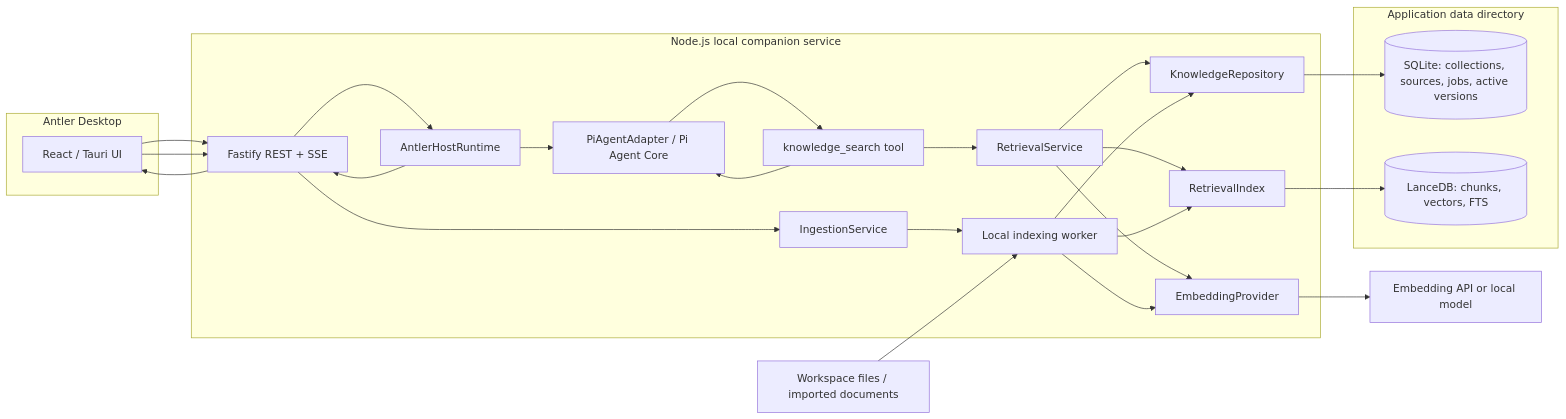
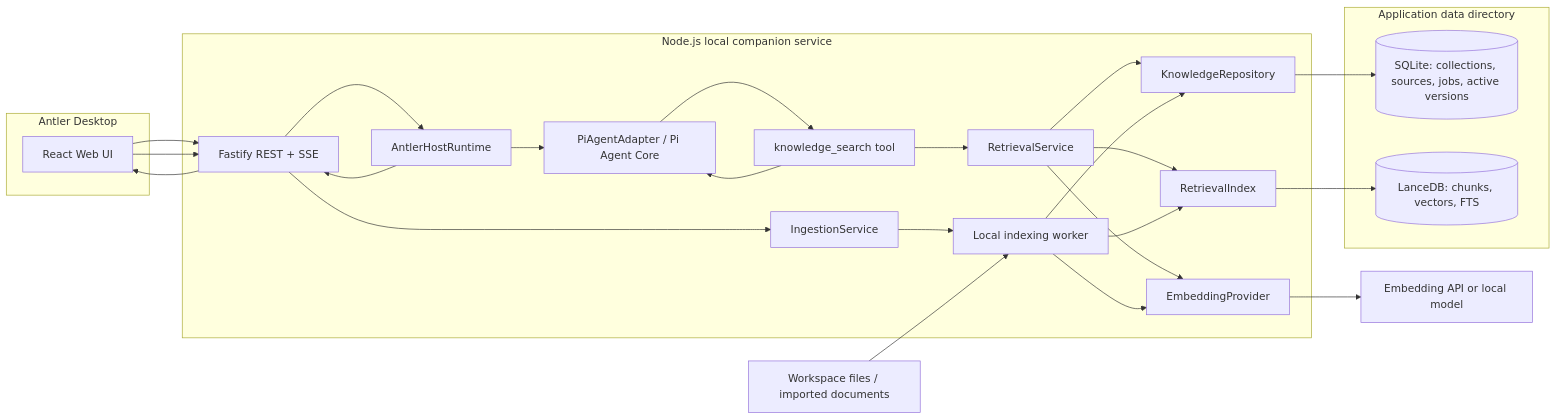
One commit to junqing258/antler changed the diagram in docs/diagrams/rag-backend-v1.mmd. Above: the diagram before and after it, drawn with Mermaid. The commit also changed 101 other files, not shown here.

```diff
--- a/docs/diagrams/rag-backend-v1.mmd
+++ b/docs/diagrams/rag-backend-v1.mmd
@@ -1,39 +1,39 @@
 flowchart LR
   subgraph Client["Antler Desktop"]
-    UI["React / Tauri UI"]
+    UI["React Web UI"]
   end
 
   subgraph Backend["Node.js local companion service"]
     API["Fastify REST + SSE"]
     Host["AntlerHostRuntime"]
     Pi["PiAgentAdapter / Pi Agent Core"]
     Tool["knowledge_search tool"]
     Retrieval["RetrievalService"]
     Ingestion["IngestionService"]
     Worker["Local indexing worker"]
     Embed["EmbeddingProvider"]
     Metadata["KnowledgeRepository"]
     Index["RetrievalIndex"]
   end
 
   subgraph Persistence["Application data directory"]
     SQLite[("SQLite: collections, sources, jobs, active versions")]
     Lance[("LanceDB: chunks, vectors, FTS")]
   end
 
   Sources["Workspace files / imported documents"]
   Provider["Embedding API or local model"]
 
   UI --> API --> Host --> Pi
   Pi --> Tool --> Retrieval
   Retrieval --> Metadata --> SQLite
   Retrieval --> Index --> Lance
   Retrieval --> Embed --> Provider
   Tool --> Pi
   Host --> API --> UI
 
   UI --> API --> Ingestion --> Worker
   Sources --> Worker
   Worker --> Embed
   Worker --> Metadata
   Worker --> Index
```
